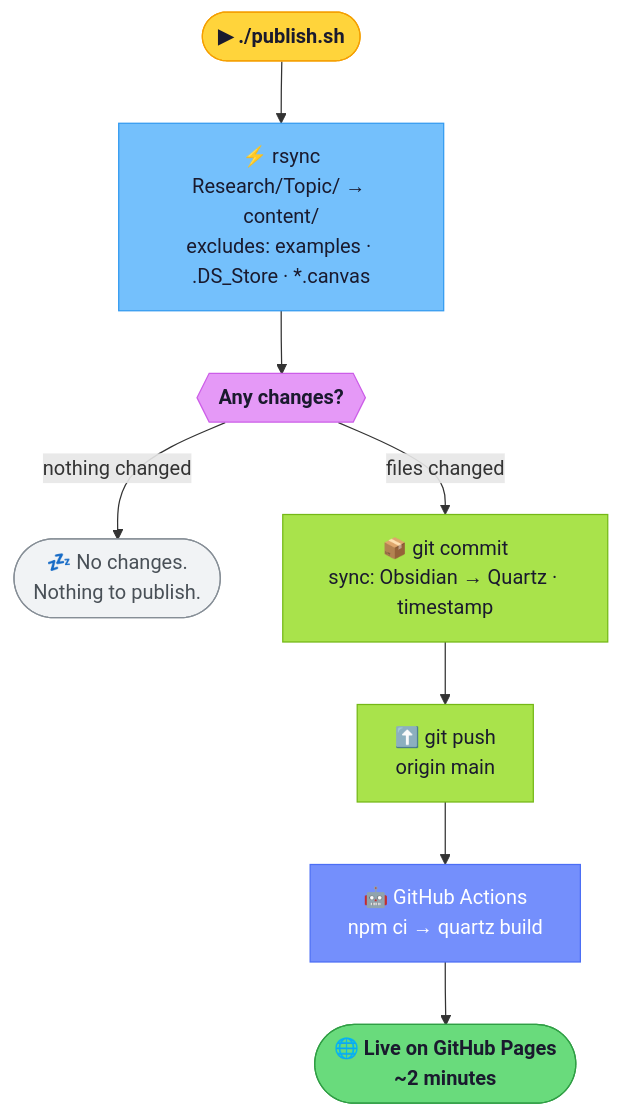
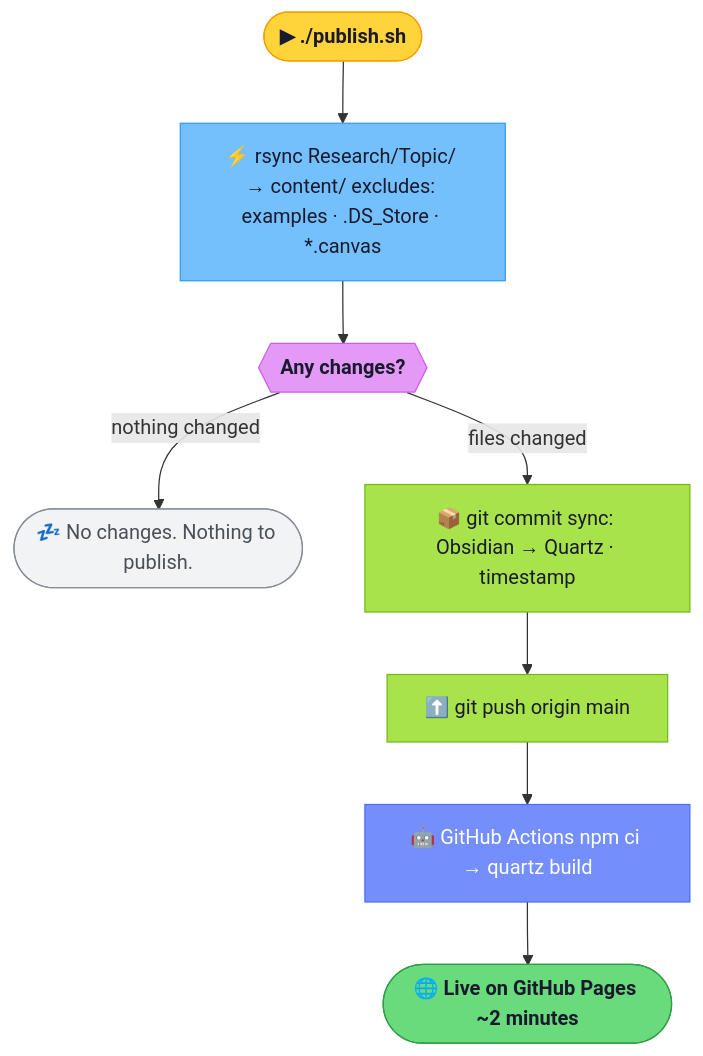
Before and after one commit to VenkateshDas/obsidian-quartz-site: the fifth of 7 diagrams in content/Idea to Published Research (Obsidian + Quartz Workflow).md, drawn with Mermaid. The commit also changed other lines of this file and 2 other files, not shown here.

Commit message:
sync: Obsidian → Quartz · 2026-03-26 22:44

````diff
--- a/content/Idea to Published Research (Obsidian + Quartz Workflow).md
+++ b/content/Idea to Published Research (Obsidian + Quartz Workflow).md
@@ -259,22 +265,22 @@
 ```mermaid
 flowchart TD
     START(["▶ ./publish.sh"]):::start
 
-    START --> RS["⚡ rsync\nResearch/Topic/ → content/\nexcludes: examples · .DS_Store · *.canvas"]:::sync
+    START --> RS["⚡ rsync Research/Topic/ → content/ excludes: examples · .DS_Store · *.canvas"]:::sync
 
     RS --> CH{{"Any changes?"}}:::gate
 
-    CH -->|"nothing changed"| ND(["💤 No changes.\nNothing to publish."]):::skip
-    CH -->|"files changed"| GC["📦 git commit\nsync: Obsidian → Quartz · timestamp"]:::git
-    GC --> GP["⬆️ git push\norigin main"]:::git
-    GP --> GA["🤖 GitHub Actions\nnpm ci → quartz build"]:::ci
-    GA --> LIVE(["🌐 Live on GitHub Pages\n~2 minutes"]):::live
+    CH -->|"nothing changed"| ND(["💤 No changes. Nothing to publish."]):::skip
+    CH -->|"files changed"| GC["📦 git commit sync: Obsidian → Quartz · timestamp"]:::git
+    GC --> GP["⬆️ git push origin main"]:::git
+    GP --> GA["🤖 GitHub Actions npm ci → quartz build"]:::ci
+    GA --> LIVE(["🌐 Live on GitHub Pages ~2 minutes"]):::live
 
     classDef start fill:#ffd43b,stroke:#f59f00,color:#1a1a2e,font-weight:bold
     classDef sync  fill:#74c0fc,stroke:#339af0,color:#1a1a2e
     classDef gate  fill:#e599f7,stroke:#cc5de8,color:#1a1a2e,font-weight:bold
     classDef skip  fill:#f1f3f5,stroke:#868e96,color:#495057
     classDef git   fill:#a9e34b,stroke:#74b816,color:#1a1a2e
     classDef ci    fill:#748ffc,stroke:#4c6ef5,color:#fff
     classDef live  fill:#69db7c,stroke:#2f9e44,color:#1a1a2e,font-weight:bold
 ```
````
